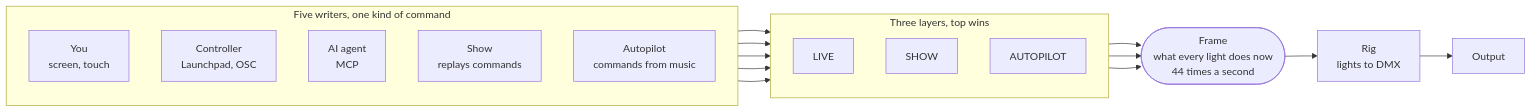
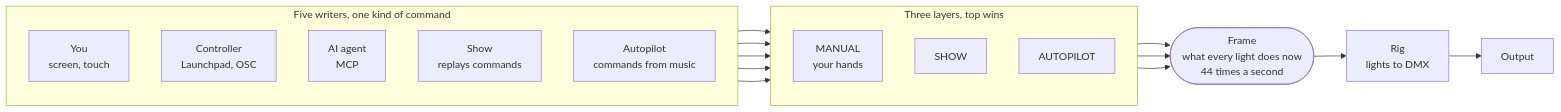
Before and after one commit to abossard/bossylights: the first of 13 diagrams in docs/design/theory.md, drawn with Mermaid. The commit also changed other lines of this file and 6 other files, not shown here.

Commit message:
docs: one LIVE switch, no preview mode; home screen is Console, top layer is Manual

````diff
--- a/docs/design/theory.md
+++ b/docs/design/theory.md
@@ -9,32 +9,32 @@
 ```mermaid
 flowchart LR
   subgraph W["Five writers, one kind of command"]
     direction TB
     YOU["You<br/>screen, touch"]
     PAD["Controller<br/>Launchpad, OSC"]
     AGENT["AI agent<br/>MCP"]
     SHOWP["Show<br/>replays commands"]
     AUTOP["Autopilot<br/>commands from music"]
   end
 
   subgraph L["Three layers, top wins"]
     direction TB
-    LIVE["LIVE"]
+    LIVE["MANUAL<br/>your hands"]
     SHOW["SHOW"]
     AUTO["AUTOPILOT"]
   end
 
   FRAME(["Frame<br/>what every light does now<br/>44 times a second"])
   RIG["Rig<br/>lights to DMX"]
   OUT["Output"]
 
   YOU --> LIVE
   PAD --> LIVE
   AGENT --> LIVE
   SHOWP --> SHOW
   AUTOP --> AUTO
   LIVE --> FRAME
   SHOW --> FRAME
   AUTO --> FRAME
   FRAME --> RIG --> OUT
 ```
````
